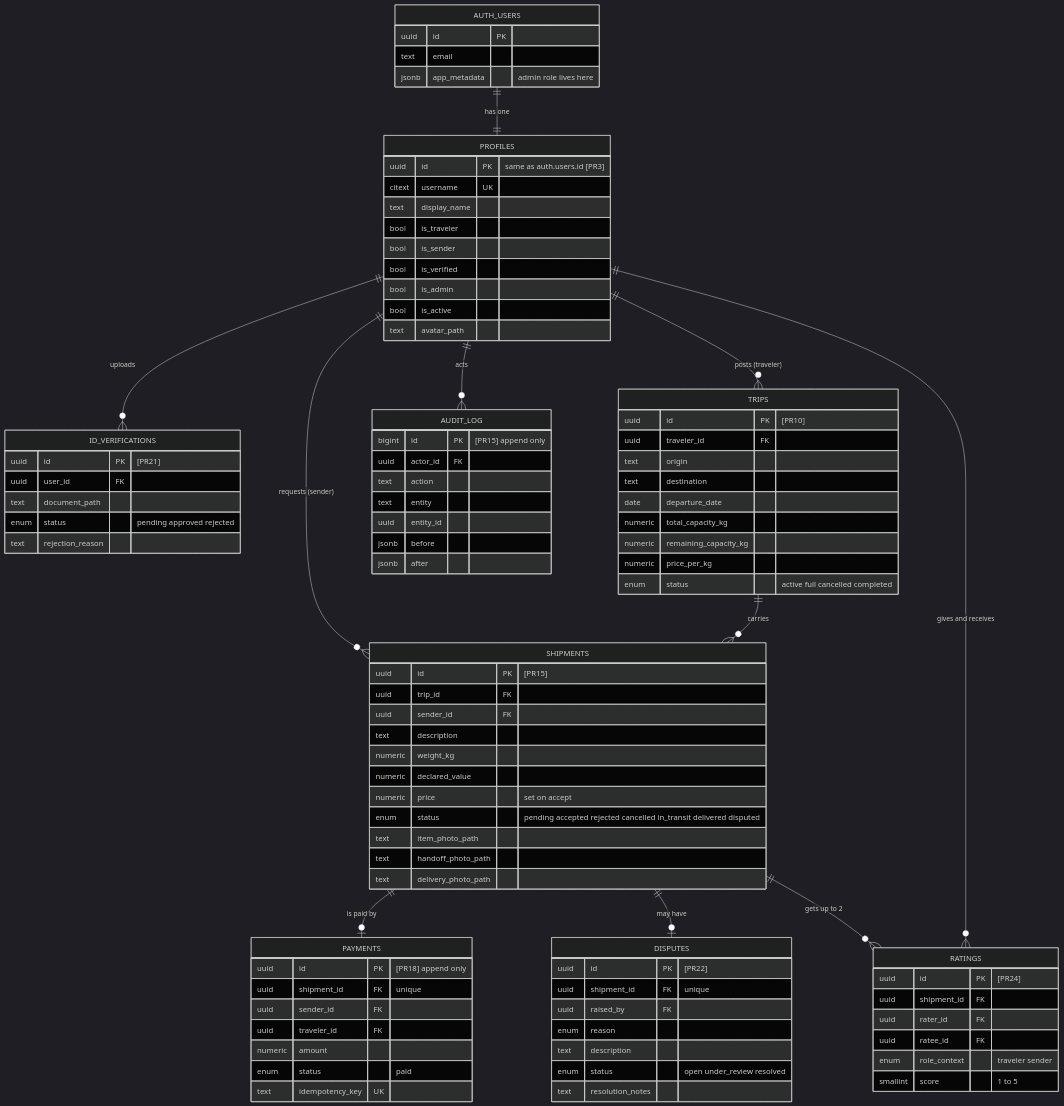
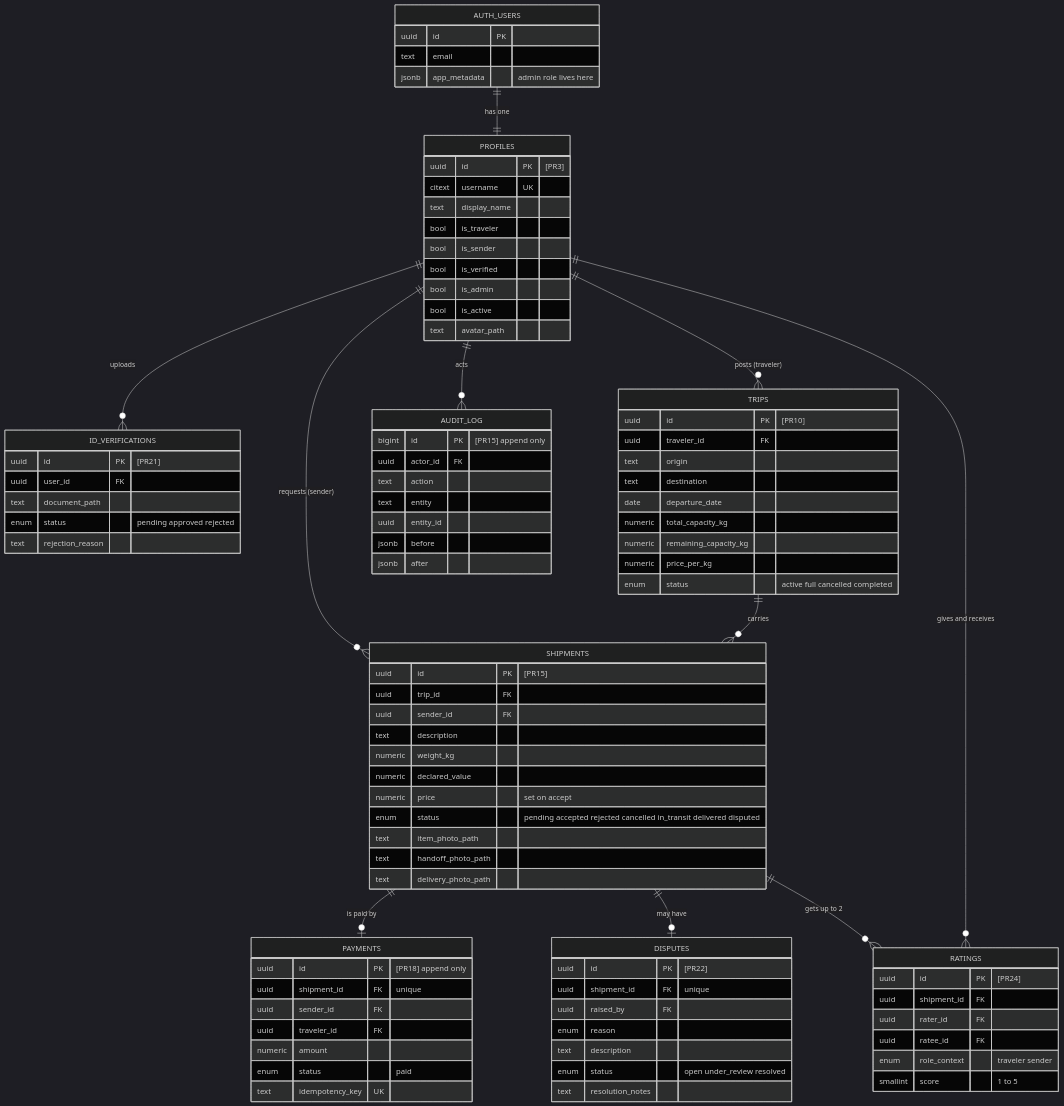
One commit to Abubakar-Zahir/cargoshare changed the first of 4 diagrams in docs/ROADMAP.md. Above: the diagram before and after it, drawn with Mermaid (dark theme). The commit also changed other lines of this file and 15 other files, not shown here.

```diff
--- a/docs/ROADMAP.md
+++ b/docs/ROADMAP.md
@@ -52,7 +52,7 @@
         jsonb app_metadata "admin role lives here"
     }
     PROFILES {
-        uuid id PK "same as auth.users.id [PR3]"
+        uuid id PK "[PR3]"
         citext username UK
         text display_name
         bool is_traveler
```
